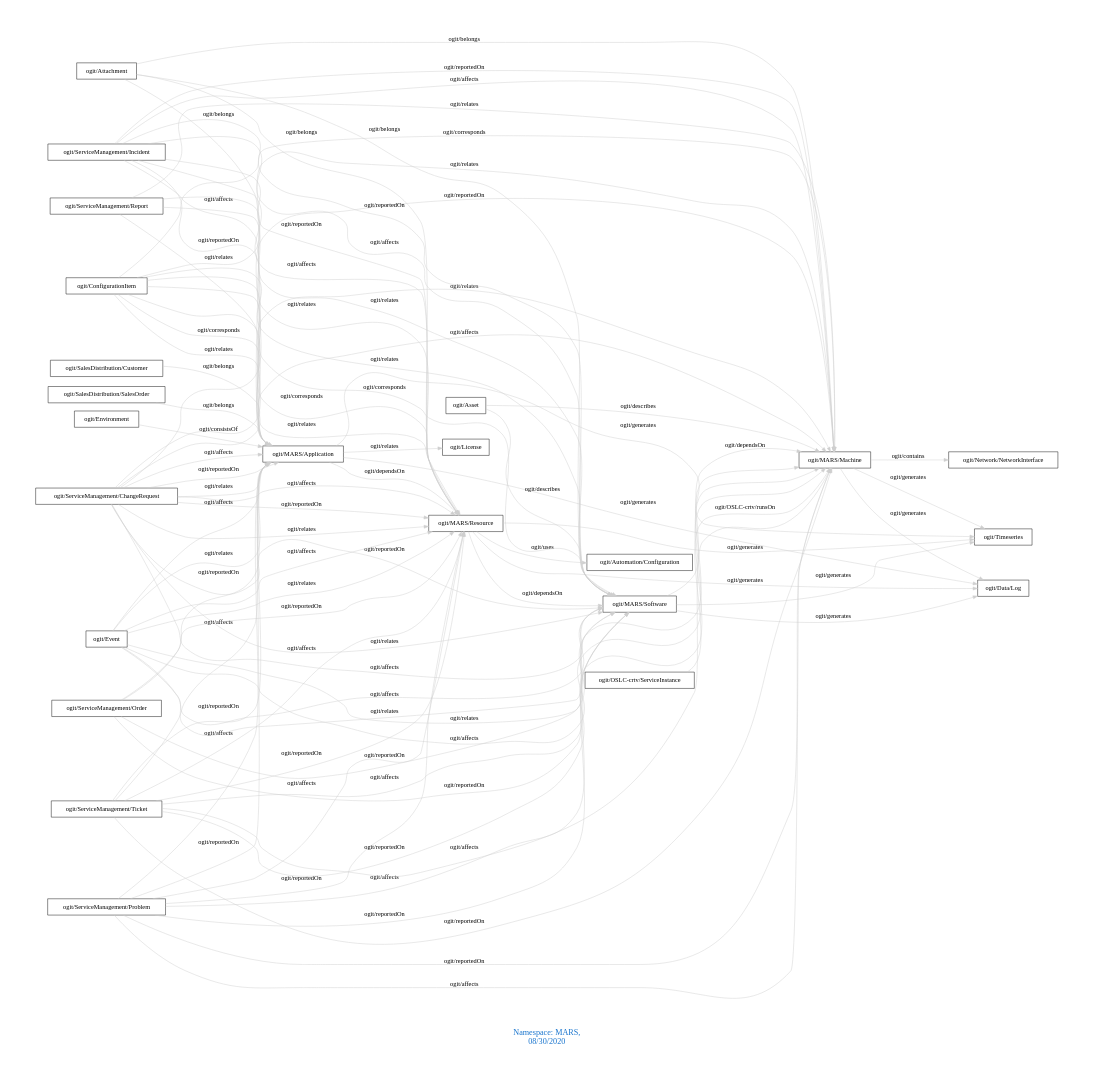
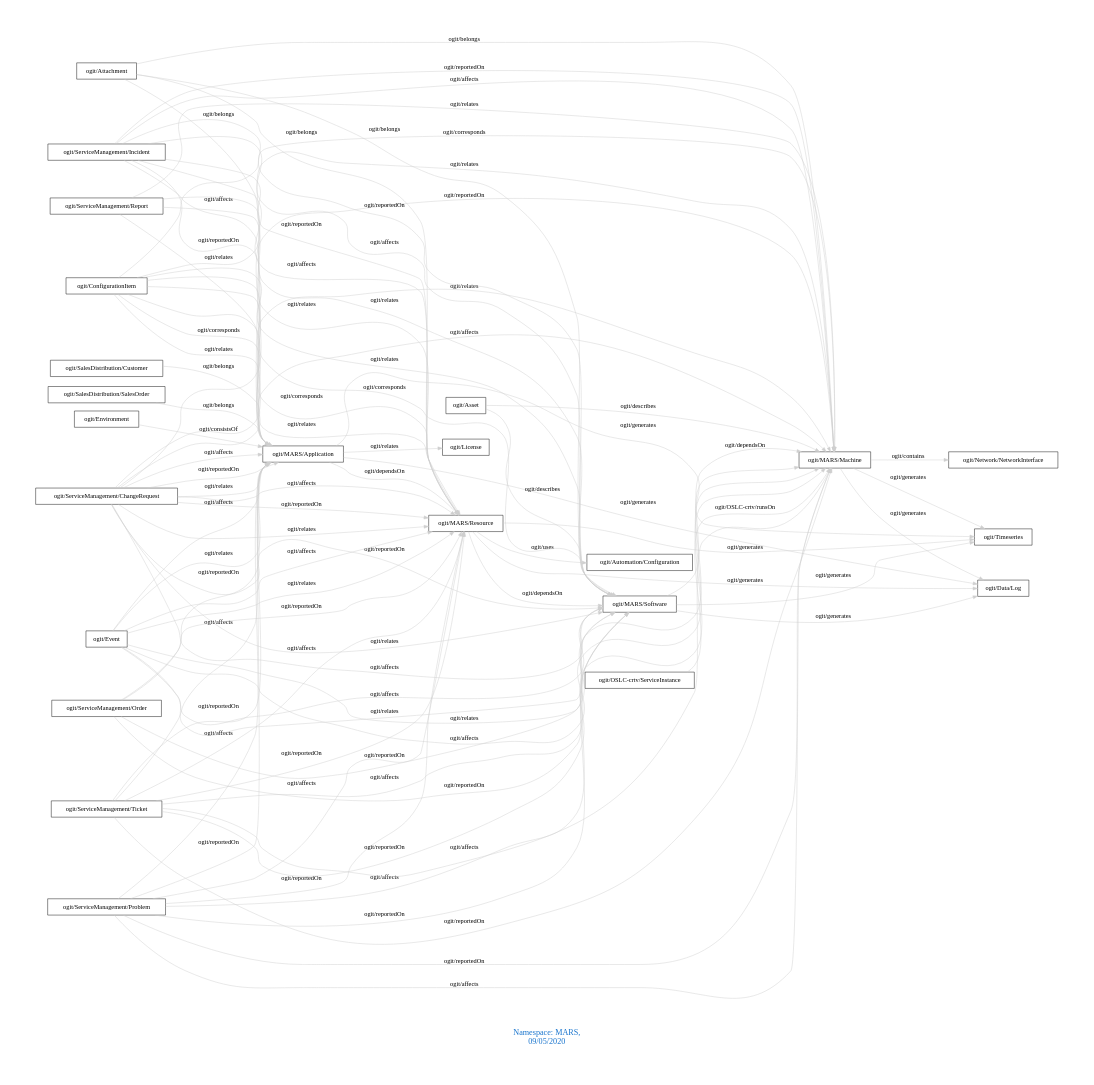
The diagram in downloads/MARS.dot (arago/OGIT), drawn with Graphviz before and after one commit. The commit also changed 1821 other files, not shown here.

```diff
--- a/downloads/MARS.dot
+++ b/downloads/MARS.dot
@@ -1,92 +1,92 @@
 digraph OGIT_ontology {
  graph [ rankdir= LR,pad=1 
 fontsize = 18,
-fontcolor= dodgerblue3,label = "\n\n\nNamespace: MARS, \n 08/30/2020"];
+fontcolor= dodgerblue3,label = "\n\n\nNamespace: MARS, \n 09/05/2020"];
 node[shape=polygon];
 edge [  color="gray81"];
 
    "ogit/MARS/Machine" -> "ogit/Network/NetworkInterface" [label="   ogit/contains    "];
    "ogit/MARS/Application" -> "ogit/Data/Log" [label="   ogit/generates    "];
    "ogit/MARS/Application" -> "ogit/Timeseries" [label="   ogit/generates    "];
    "ogit/MARS/Machine" -> "ogit/Data/Log" [label="   ogit/generates    "];
    "ogit/MARS/Machine" -> "ogit/Timeseries" [label="   ogit/generates    "];
    "ogit/MARS/Resource" -> "ogit/Data/Log" [label="   ogit/generates    "];
    "ogit/MARS/Resource" -> "ogit/Timeseries" [label="   ogit/generates    "];
    "ogit/MARS/Software" -> "ogit/Data/Log" [label="   ogit/generates    "];
    "ogit/MARS/Software" -> "ogit/Timeseries" [label="   ogit/generates    "];
    "ogit/Asset" -> "ogit/MARS/Software" [label="   ogit/describes    "];
    "ogit/Asset" -> "ogit/MARS/Machine" [label="   ogit/describes    "];
    "ogit/ConfigurationItem" -> "ogit/MARS/Application" [label="   ogit/corresponds    "];
    "ogit/ConfigurationItem" -> "ogit/MARS/Resource" [label="   ogit/corresponds    "];
    "ogit/ConfigurationItem" -> "ogit/MARS/Software" [label="   ogit/corresponds    "];
    "ogit/ConfigurationItem" -> "ogit/MARS/Machine" [label="   ogit/corresponds    "];
    "ogit/ServiceManagement/ChangeRequest" -> "ogit/MARS/Application" [label="   ogit/affects    "];
    "ogit/ServiceManagement/ChangeRequest" -> "ogit/MARS/Resource" [label="   ogit/affects    "];
    "ogit/ServiceManagement/ChangeRequest" -> "ogit/MARS/Software" [label="   ogit/affects    "];
    "ogit/ServiceManagement/ChangeRequest" -> "ogit/MARS/Machine" [label="   ogit/affects    "];
    "ogit/ServiceManagement/Incident" -> "ogit/MARS/Application" [label="   ogit/affects    "];
    "ogit/ServiceManagement/Incident" -> "ogit/MARS/Resource" [label="   ogit/affects    "];
    "ogit/ServiceManagement/Incident" -> "ogit/MARS/Software" [label="   ogit/affects    "];
    "ogit/ServiceManagement/Incident" -> "ogit/MARS/Machine" [label="   ogit/affects    "];
    "ogit/ServiceManagement/Problem" -> "ogit/MARS/Application" [label="   ogit/affects    "];
    "ogit/ServiceManagement/Problem" -> "ogit/MARS/Resource" [label="   ogit/affects    "];
    "ogit/ServiceManagement/Problem" -> "ogit/MARS/Software" [label="   ogit/affects    "];
    "ogit/ServiceManagement/Problem" -> "ogit/MARS/Machine" [label="   ogit/affects    "];
    "ogit/ServiceManagement/Ticket" -> "ogit/MARS/Application" [label="   ogit/affects    "];
    "ogit/ServiceManagement/Ticket" -> "ogit/MARS/Resource" [label="   ogit/affects    "];
    "ogit/ServiceManagement/Ticket" -> "ogit/MARS/Software" [label="   ogit/affects    "];
    "ogit/ServiceManagement/Ticket" -> "ogit/MARS/Machine" [label="   ogit/affects    "];
    "ogit/Event" -> "ogit/MARS/Application" [label="   ogit/affects    "];
    "ogit/Event" -> "ogit/MARS/Resource" [label="   ogit/affects    "];
    "ogit/Event" -> "ogit/MARS/Software" [label="   ogit/affects    "];
    "ogit/Event" -> "ogit/MARS/Machine" [label="   ogit/affects    "];
    "ogit/OSLC-crtv/ServiceInstance" -> "ogit/MARS/Machine" [label="   ogit/OSLC-crtv/runsOn    "];
    "ogit/MARS/Application" -> "ogit/MARS/Resource" [label="   ogit/dependsOn    "];
    "ogit/MARS/Resource" -> "ogit/MARS/Software" [label="   ogit/dependsOn    "];
    "ogit/MARS/Software" -> "ogit/MARS/Machine" [label="   ogit/dependsOn    "];
    "ogit/SalesDistribution/Customer" -> "ogit/MARS/Application" [label="   ogit/belongs    "];
    "ogit/SalesDistribution/SalesOrder" -> "ogit/MARS/Application" [label="   ogit/belongs    "];
    "ogit/Attachment" -> "ogit/MARS/Machine" [label="   ogit/belongs    "];
    "ogit/Attachment" -> "ogit/MARS/Software" [label="   ogit/belongs    "];
    "ogit/Attachment" -> "ogit/MARS/Resource" [label="   ogit/belongs    "];
    "ogit/Attachment" -> "ogit/MARS/Application" [label="   ogit/belongs    "];
    "ogit/MARS/Resource" -> "ogit/Automation/Configuration" [label="   ogit/uses    "];
    "ogit/ServiceManagement/ChangeRequest" -> "ogit/MARS/Machine" [label="   ogit/reportedOn    "];
    "ogit/ServiceManagement/ChangeRequest" -> "ogit/MARS/Software" [label="   ogit/reportedOn    "];
    "ogit/ServiceManagement/ChangeRequest" -> "ogit/MARS/Resource" [label="   ogit/reportedOn    "];
    "ogit/ServiceManagement/ChangeRequest" -> "ogit/MARS/Application" [label="   ogit/reportedOn    "];
    "ogit/ServiceManagement/Incident" -> "ogit/MARS/Machine" [label="   ogit/reportedOn    "];
    "ogit/ServiceManagement/Incident" -> "ogit/MARS/Software" [label="   ogit/reportedOn    "];
    "ogit/ServiceManagement/Incident" -> "ogit/MARS/Resource" [label="   ogit/reportedOn    "];
    "ogit/ServiceManagement/Incident" -> "ogit/MARS/Application" [label="   ogit/reportedOn    "];
    "ogit/ServiceManagement/Order" -> "ogit/MARS/Machine" [label="   ogit/reportedOn    "];
    "ogit/ServiceManagement/Order" -> "ogit/MARS/Software" [label="   ogit/reportedOn    "];
    "ogit/ServiceManagement/Order" -> "ogit/MARS/Resource" [label="   ogit/reportedOn    "];
    "ogit/ServiceManagement/Order" -> "ogit/MARS/Application" [label="   ogit/reportedOn    "];
    "ogit/ServiceManagement/Problem" -> "ogit/MARS/Machine" [label="   ogit/reportedOn    "];
    "ogit/ServiceManagement/Problem" -> "ogit/MARS/Software" [label="   ogit/reportedOn    "];
    "ogit/ServiceManagement/Problem" -> "ogit/MARS/Resource" [label="   ogit/reportedOn    "];
    "ogit/ServiceManagement/Problem" -> "ogit/MARS/Application" [label="   ogit/reportedOn    "];
    "ogit/ServiceManagement/Ticket" -> "ogit/MARS/Machine" [label="   ogit/reportedOn    "];
    "ogit/ServiceManagement/Ticket" -> "ogit/MARS/Software" [label="   ogit/reportedOn    "];
    "ogit/ServiceManagement/Ticket" -> "ogit/MARS/Resource" [label="   ogit/reportedOn    "];
    "ogit/ServiceManagement/Ticket" -> "ogit/MARS/Application" [label="   ogit/reportedOn    "];
    "ogit/Environment" -> "ogit/MARS/Application" [label="   ogit/consistsOf    "];
    "ogit/MARS/Application" -> "ogit/License" [label="   ogit/relates    "];
    "ogit/ServiceManagement/ChangeRequest" -> "ogit/MARS/Machine" [label="   ogit/relates    "];
    "ogit/ServiceManagement/ChangeRequest" -> "ogit/MARS/Software" [label="   ogit/relates    "];
    "ogit/ServiceManagement/ChangeRequest" -> "ogit/MARS/Resource" [label="   ogit/relates    "];
    "ogit/ServiceManagement/ChangeRequest" -> "ogit/MARS/Application" [label="   ogit/relates    "];
    "ogit/ServiceManagement/Report" -> "ogit/MARS/Machine" [label="   ogit/relates    "];
    "ogit/ServiceManagement/Report" -> "ogit/MARS/Software" [label="   ogit/relates    "];
    "ogit/ServiceManagement/Report" -> "ogit/MARS/Resource" [label="   ogit/relates    "];
    "ogit/ServiceManagement/Report" -> "ogit/MARS/Application" [label="   ogit/relates    "];
    "ogit/ConfigurationItem" -> "ogit/MARS/Machine" [label="   ogit/relates    "];
    "ogit/ConfigurationItem" -> "ogit/MARS/Software" [label="   ogit/relates    "];
    "ogit/ConfigurationItem" -> "ogit/MARS/Resource" [label="   ogit/relates    "];
    "ogit/ConfigurationItem" -> "ogit/MARS/Application" [label="   ogit/relates    "];
    "ogit/Event" -> "ogit/MARS/Machine" [label="   ogit/relates    "];
    "ogit/Event" -> "ogit/MARS/Software" [label="   ogit/relates    "];
    "ogit/Event" -> "ogit/MARS/Resource" [label="   ogit/relates    "];
    "ogit/Event" -> "ogit/MARS/Application" [label="   ogit/relates    "];
 }
```
